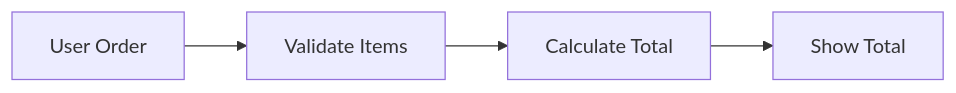
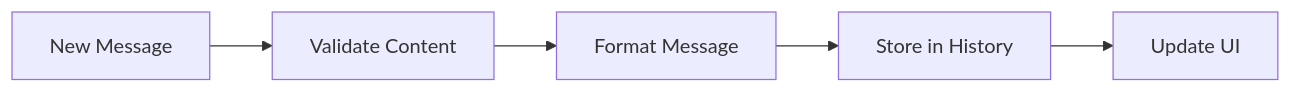
Before and after one commit to Episk-pos/DevFoundry: the first of 4 diagrams in website/docs/mental-models/flow-based-dev.md, drawn with Mermaid. The commit also changed other lines of this file and 153 other files, not shown here.

````diff
--- a/website/docs/mental-models/flow-based-dev.md
+++ b/website/docs/mental-models/flow-based-dev.md
@@ -57,6 +57,7 @@
 ```mermaid
 flowchart LR
-    Input[User Order] --> Validate[Validate Items]
-    Validate --> Calculate[Calculate Total]
-    Calculate --> Display[Show Total]
+    Input[New Message] --> Validate[Validate Content]
+    Validate --> Format[Format Message]
+    Format --> Store[Store in History]
+    Store --> Display[Update UI]
 ```
````
